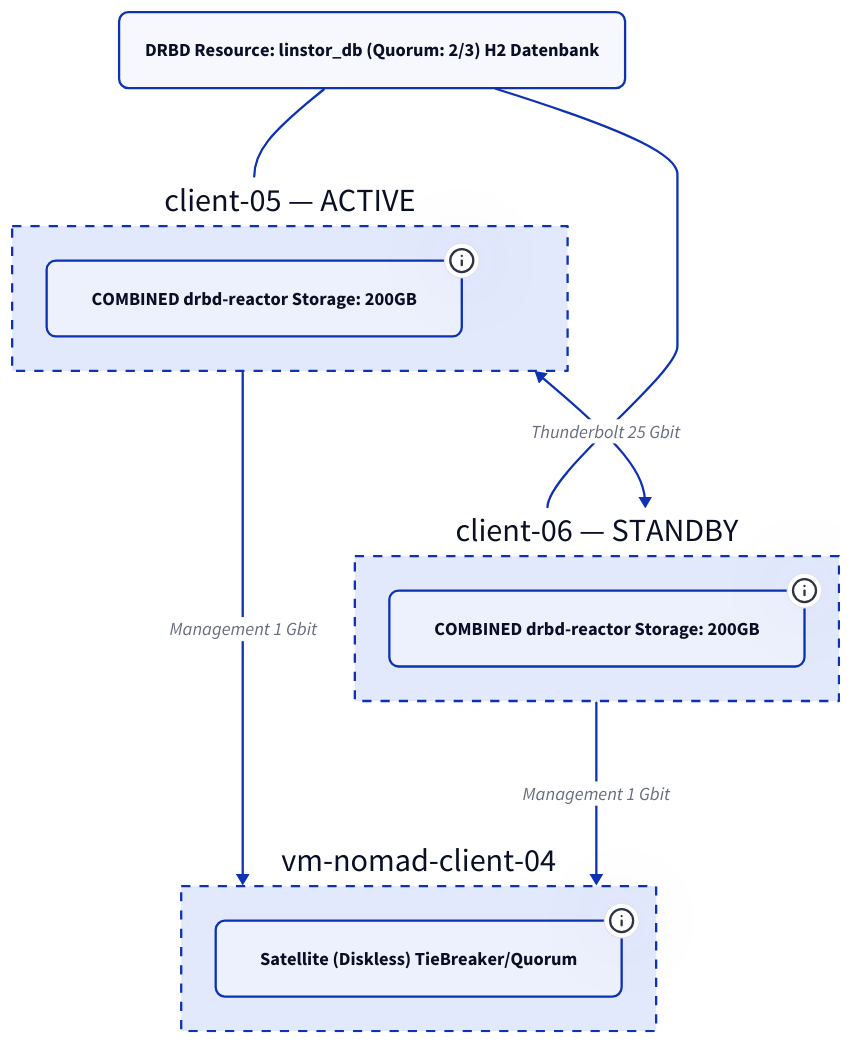
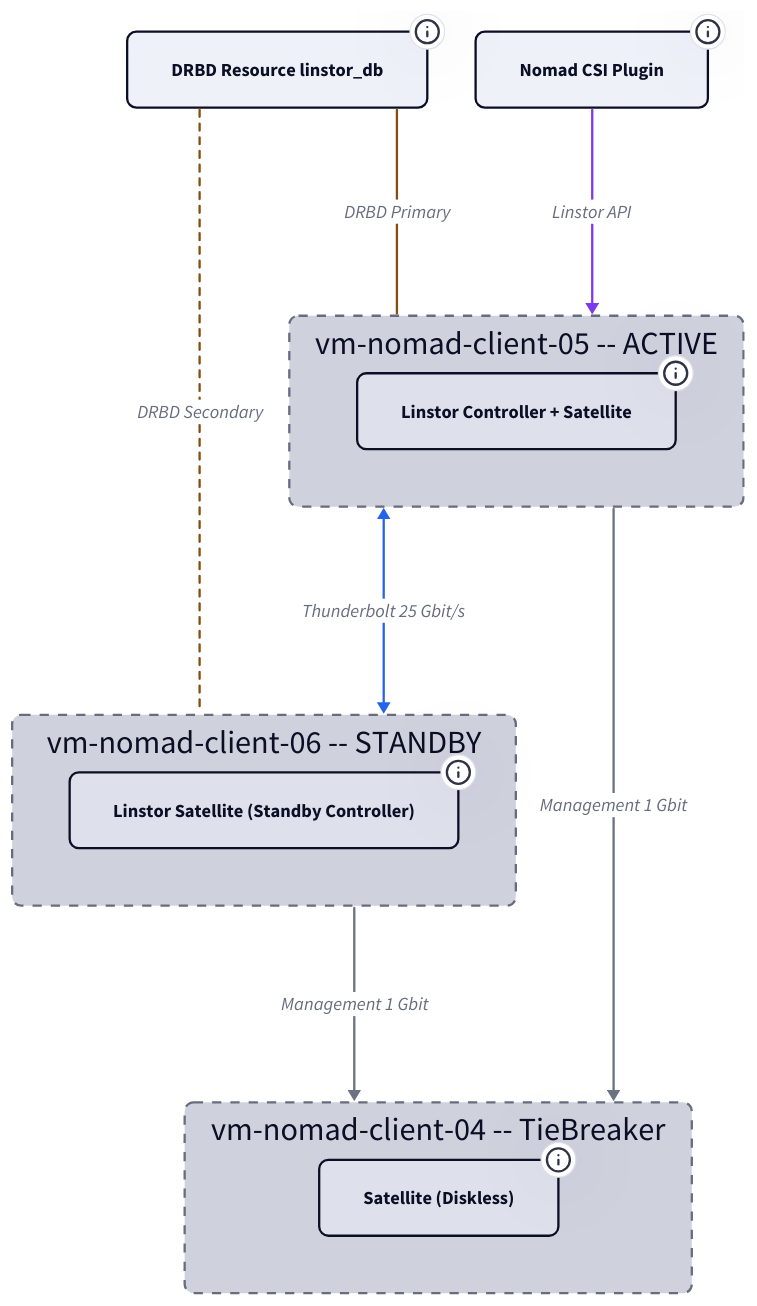
Before and after one commit to derever-labs/homelab-wiki: the first of 2 diagrams in docs/linstor-storage/index.md, drawn with D2. The commit also changed other lines of this file and 6 other files, not shown here.

Commit message:
refactor(diagrams): D2 auf vars/classes/Tooltips vereinheitlicht

````diff
--- a/docs/linstor-storage/index.md
+++ b/docs/linstor-storage/index.md
@@ -42,26 +42,78 @@
 ```d2
+vars: {
+  d2-config: {
+    theme-id: 1
+    layout-engine: elk
+  }
+}
+
+classes: {
+  node: { style: { border-radius: 8 } }
+  container: { style: { border-radius: 8; stroke-dash: 4 } }
+}
+
 direction: down
 
-DB: "DRBD Resource: linstor_db (Quorum: 2/3) H2 Datenbank" { style.border-radius: 8 }
-
-C05: "client-05 — ACTIVE" {
-  style.stroke-dash: 4
-  C05a: "COMBINED drbd-reactor Storage: 200GB" { tooltip: "10.0.2.125 / TB: 10.99.1.105"; style.border-radius: 8 }
+DB: DRBD Resource linstor_db {
+  class: node
+  tooltip: "Quorum 2/3 | H2 Datenbank fuer Linstor Controller State"
 }
 
-C06: "client-06 — STANDBY" {
-  style.stroke-dash: 4
-  C06a: "COMBINED drbd-reactor Storage: 200GB" { tooltip: "10.0.2.126 / TB: 10.99.1.106"; style.border-radius: 8 }
+C05: vm-nomad-client-05 -- ACTIVE {
+  class: container
+
+  C05a: Linstor Controller + Satellite {
+    class: node
+    tooltip: "10.0.2.125 | TB: 10.99.1.105 | 200 GB ZFS, drbd-reactor managed"
+  }
 }
 
-C04: vm-nomad-client-04 {
-  style.stroke-dash: 4
-  C04a: "Satellite (Diskless) TieBreaker/Quorum" { tooltip: "10.0.2.124"; style.border-radius: 8 }
+C06: vm-nomad-client-06 -- STANDBY {
+  class: container
+
+  C06a: Linstor Satellite (Standby Controller) {
+    class: node
+    tooltip: "10.0.2.126 | TB: 10.99.1.106 | 200 GB ZFS, drbd-reactor uebernimmt bei Failover"
+  }
 }
 
-DB -- C05
-DB -- C06
-C05 <-> C06: Thunderbolt 25 Gbit
-C05 -> C04: Management 1 Gbit
-C06 -> C04: Management 1 Gbit
+C04: vm-nomad-client-04 -- TieBreaker {
+  class: container
+
+  C04a: Satellite (Diskless) {
+    class: node
+    tooltip: "10.0.2.124 | Kein Storage, nur Quorum-Witness"
+  }
+}
+
+CSI: Nomad CSI Plugin {
+  class: node
+  tooltip: "linstor.csi.linbit.com | Endpoint: linstor-controller.service.consul:3370"
+}
+
+DB -- C05: DRBD Primary {
+  style.stroke: "#854d0e"
+  tooltip: "Aktive H2 DB auf dem Controller-Node"
+}
+DB -- C06: DRBD Secondary {
+  style.stroke: "#854d0e"
+  style.stroke-dash: 3
+  tooltip: "Synchrone Replikation der H2 DB"
+}
+C05 <-> C06: Thunderbolt 25 Gbit/s {
+  style.stroke: "#2563eb"
+  tooltip: "10.99.1.0/24 | DRBD-Replikation aller Volumes"
+}
+C05 -> C04: Management 1 Gbit {
+  style.stroke: "#6b7280"
+  tooltip: "10.0.2.0/24 | Control Plane, Quorum"
+}
+C06 -> C04: Management 1 Gbit {
+  style.stroke: "#6b7280"
+  tooltip: "10.0.2.0/24 | Control Plane, Quorum"
+}
+CSI -> C05: Linstor API {
+  style.stroke: "#7c3aed"
+  tooltip: "HTTP :3370 via Consul Service Discovery"
+}
 ```
````
